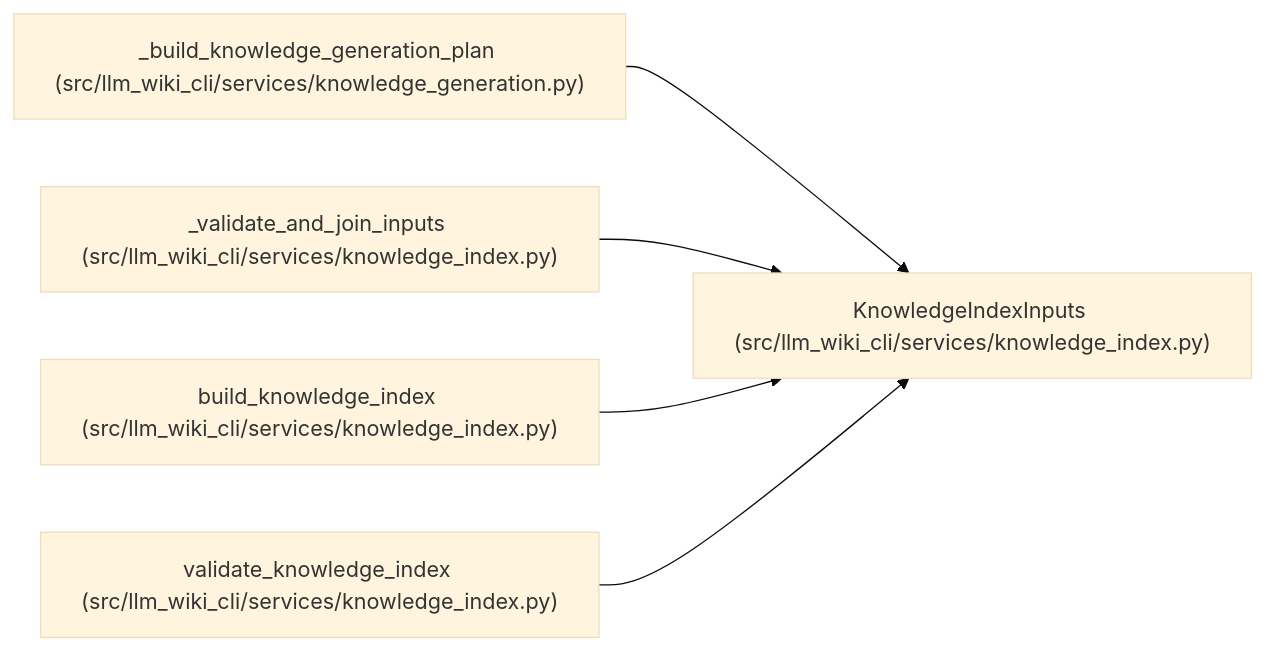
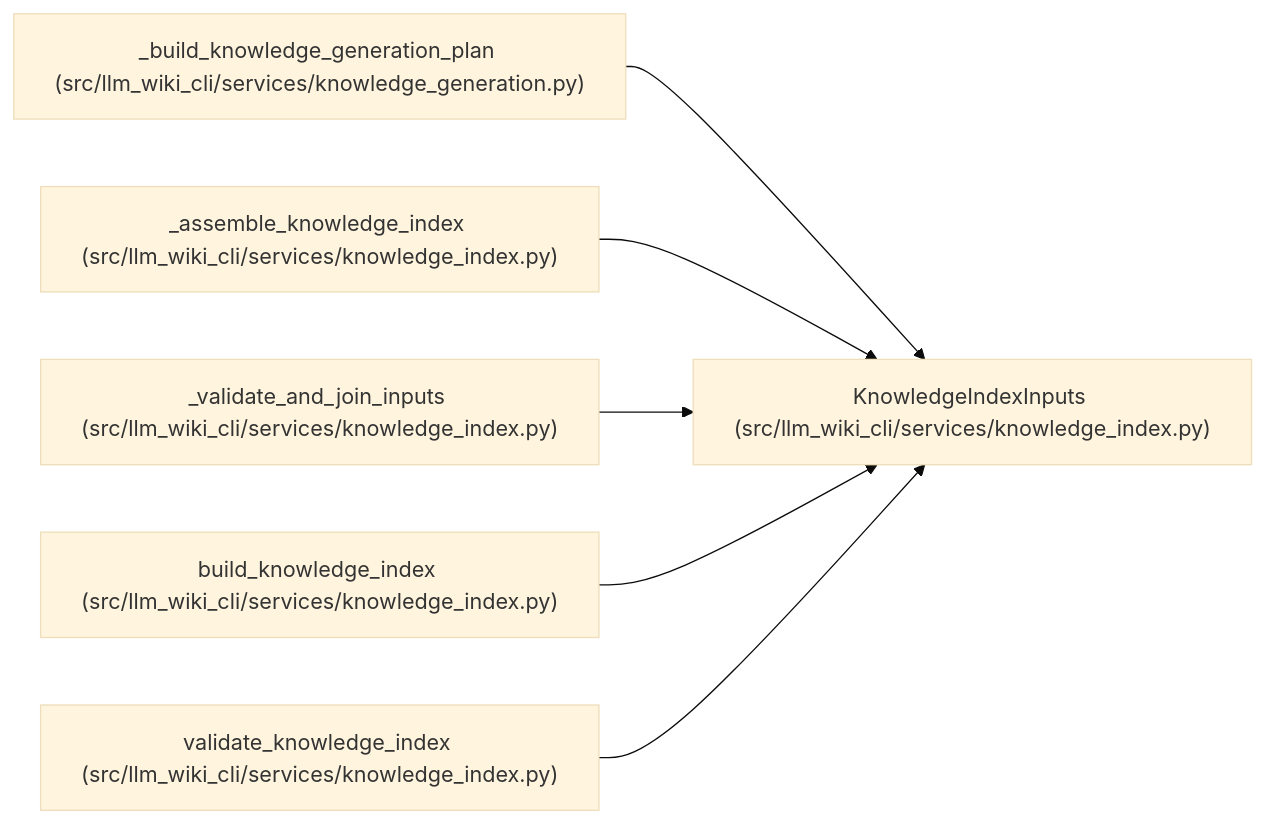
One commit to Denissvgn/python-wiki-llm changed the diagram in docs/llm_wiki/entities/KnowledgeIndexInputs.md. Above: the diagram before and after it, drawn with Mermaid (base theme). The commit also changed other lines of this file and 627 other files, not shown here.

````diff
--- a/docs/llm_wiki/entities/KnowledgeIndexInputs.md
+++ b/docs/llm_wiki/entities/KnowledgeIndexInputs.md
@@ -37,17 +37,20 @@
 ```mermaid
 flowchart LR
     n0["KnowledgeIndexInputs (src/llm_wiki_cli/services/knowledge_index.py)"]
     n1["_build_knowledge_generation_plan (src/llm_wiki_cli/services/knowledge_generation.py)"]
-    n2["_validate_and_join_inputs (src/llm_wiki_cli/services/knowledge_index.py)"]
-    n3["build_knowledge_index (src/llm_wiki_cli/services/knowledge_index.py)"]
-    n4["validate_knowledge_index (src/llm_wiki_cli/services/knowledge_index.py)"]
+    n2["_assemble_knowledge_index (src/llm_wiki_cli/services/knowledge_index.py)"]
+    n3["_validate_and_join_inputs (src/llm_wiki_cli/services/knowledge_index.py)"]
+    n4["build_knowledge_index (src/llm_wiki_cli/services/knowledge_index.py)"]
+    n5["validate_knowledge_index (src/llm_wiki_cli/services/knowledge_index.py)"]
     n1 --> n0
     n2 --> n0
     n3 --> n0
     n4 --> n0
+    n5 --> n0
     click n0 "../modules/knowledge_index.md"
     click n1 "../modules/knowledge_generation.md"
     click n2 "../modules/knowledge_index.md"
     click n3 "../modules/knowledge_index.md"
     click n4 "../modules/knowledge_index.md"
+    click n5 "../modules/knowledge_index.md"
 ```
````
